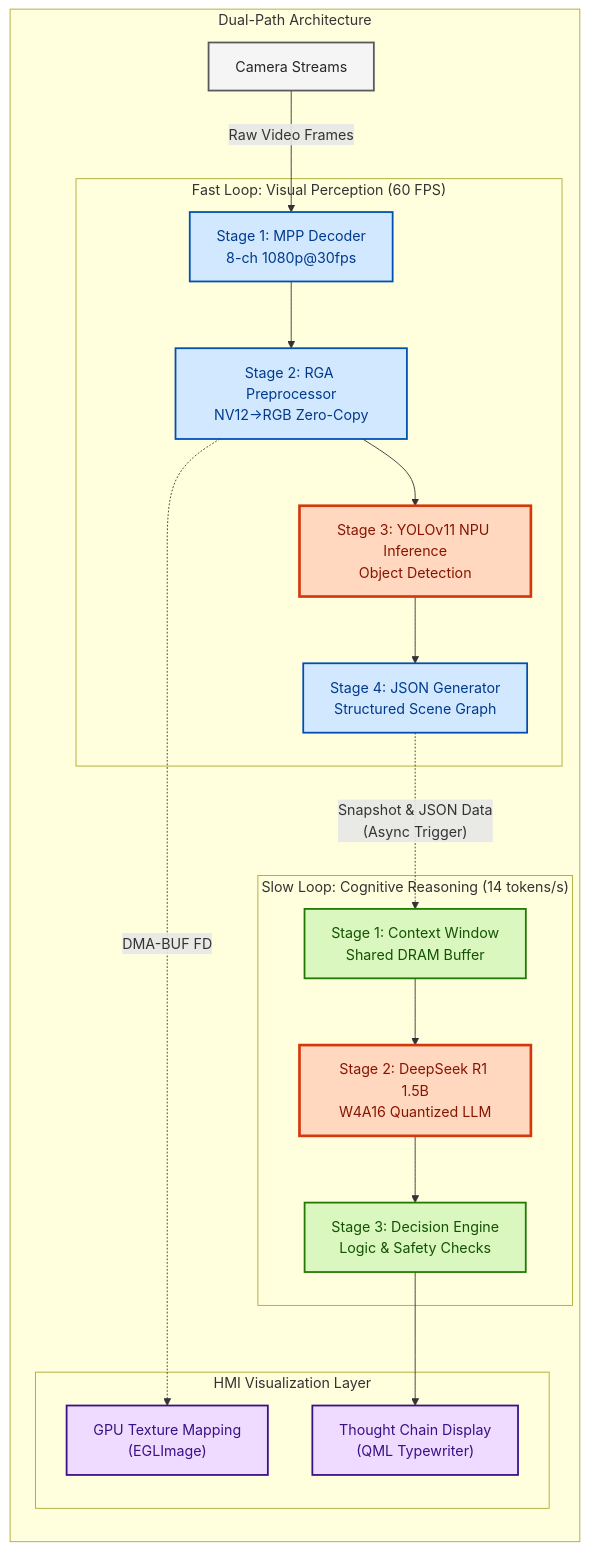
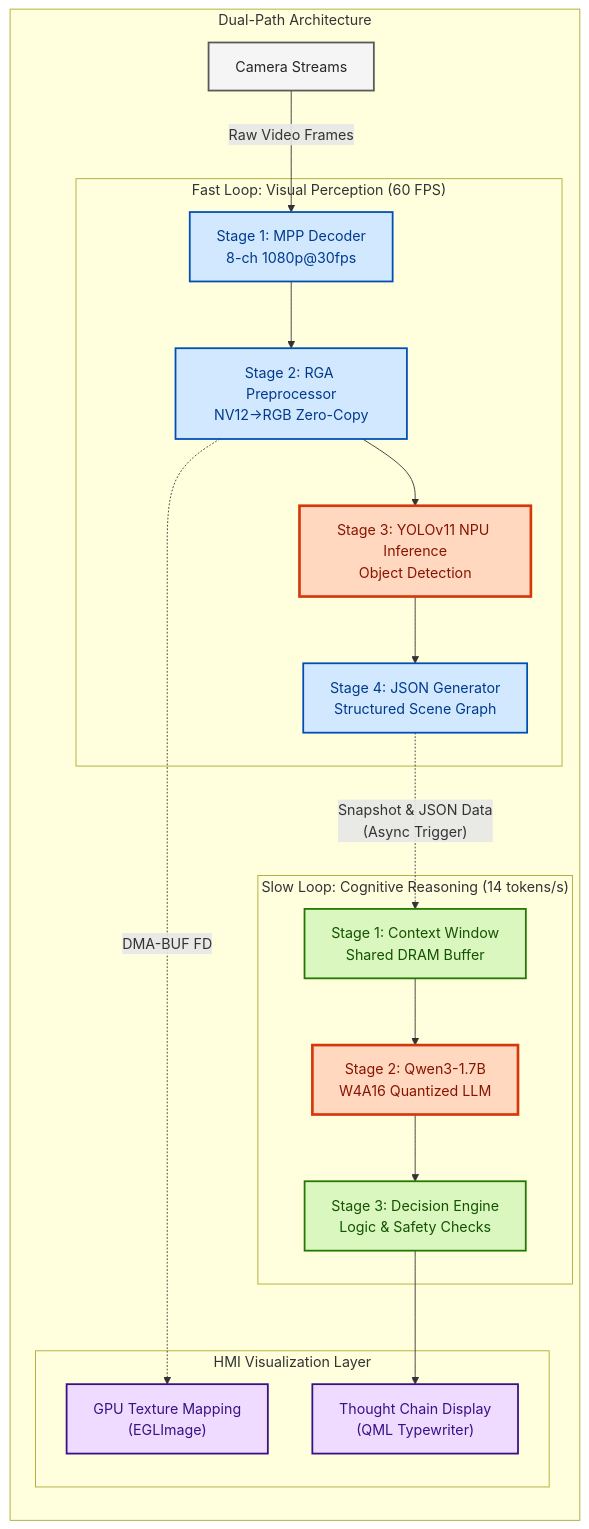
The diagram in README.md (WNPPP0114/RK-Linux-Hetero-Fusion), drawn with Mermaid before and after one commit. The commit also changed other lines of this file, not shown here.

````diff
--- a/README.md
+++ b/README.md
@@ -51,50 +51,50 @@
 ```mermaid
 graph TD
     subgraph "Dual-Path Architecture"
         direction TB
         
         Cam[Camera Streams] -->|"Raw Video Frames"| V1
         
         subgraph "Fast Loop: Visual Perception (60 FPS)"
             V1["Stage 1: MPP Decoder<br/>8-ch 1080p@30fps"] 
             V2["Stage 2: RGA Preprocessor<br/>NV12→RGB Zero-Copy"]
             V3["Stage 3: YOLOv11 NPU Inference<br/>Object Detection"]
             V4["Stage 4: JSON Generator<br/>Structured Scene Graph"]
             
             V1 --> V2
             V2 --> V3
             V3 --> V4
         end
         
         V4 -.->|"Snapshot & JSON Data<br/>(Async Trigger)"| R1
         
         subgraph "Slow Loop: Cognitive Reasoning (14 tokens/s)"
             R1["Stage 1: Context Window<br/>Shared DRAM Buffer"]
-            R2["Stage 2: DeepSeek R1 1.5B<br/>W4A16 Quantized LLM"]
+            R2["Stage 2: Qwen3-1.7B<br/>W4A16 Quantized LLM"]
             R3["Stage 3: Decision Engine<br/>Logic & Safety Checks"]
             
             R1 --> R2
             R2 --> R3
         end
         
         subgraph "HMI Visualization Layer"
             UI1["GPU Texture Mapping<br/>(EGLImage)"]
             UI2["Thought Chain Display<br/>(QML Typewriter)"]
         end
 
         V2 -.->|"DMA-BUF FD"| UI1
         R3 --> UI2
     end
 
     %% --- Styling Definition ---
     style V1 fill:#D1E8FF,stroke:#0050B3,stroke-width:2px,color:#003A8C
     style V2 fill:#D1E8FF,stroke:#0050B3,stroke-width:2px,color:#003A8C
     style V4 fill:#D1E8FF,stroke:#0050B3,stroke-width:2px,color:#003A8C
     style R1 fill:#D9F7BE,stroke:#237804,stroke-width:2px,color:#135200
     style R3 fill:#D9F7BE,stroke:#237804,stroke-width:2px,color:#135200
     style V3 fill:#FFD8BF,stroke:#D4380D,stroke-width:3px,color:#871400
     style R2 fill:#FFD8BF,stroke:#D4380D,stroke-width:3px,color:#871400
     style UI1 fill:#EFDBFF,stroke:#391085,stroke-width:2px,color:#391085
     style UI2 fill:#EFDBFF,stroke:#391085,stroke-width:2px,color:#391085
     style Cam fill:#F5F5F5,stroke:#595959,stroke-width:2px,color:#262626
 ```
````
